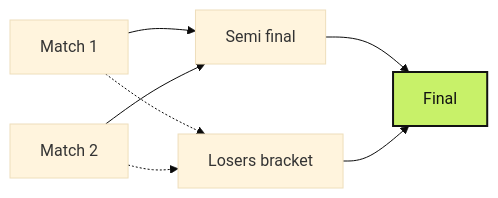
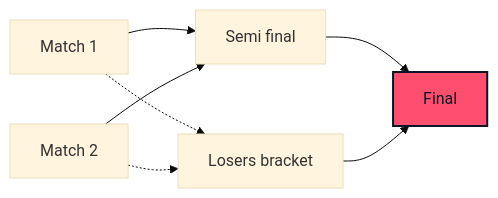
Before and after one commit to SitrakaRasata/SitrakaRasata: the diagram in README.md, drawn with Mermaid (base theme). The commit also changed other lines of this file and 6 other files, not shown here.

````diff
--- a/README.md
+++ b/README.md
@@ -81,11 +73,11 @@
 ```mermaid
 graph LR
   M1[Match 1] --> SF[Semi final]
   M2[Match 2] --> SF
   M1 -.-> LB[Losers bracket]
   M2 -.-> LB
   SF --> F[Final]
   LB --> F
-  classDef signal fill:#C8F169,stroke:#121212,stroke-width:2px,color:#121212;
+  classDef signal fill:#FF4F6E,stroke:#0A1628,stroke-width:2px,color:#0A1628;
   class F signal;
 ```
````
